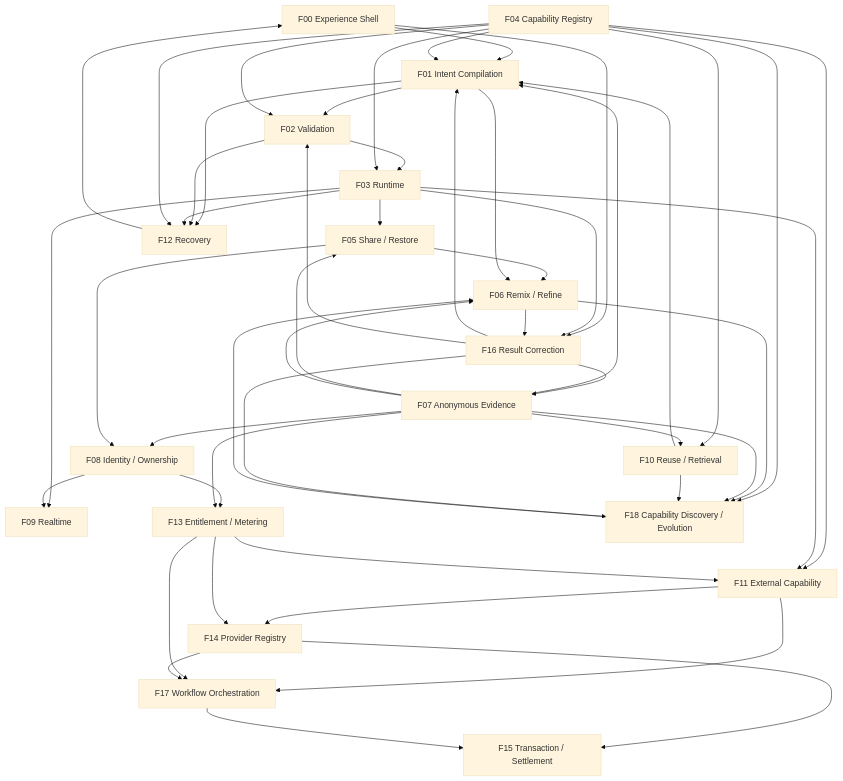
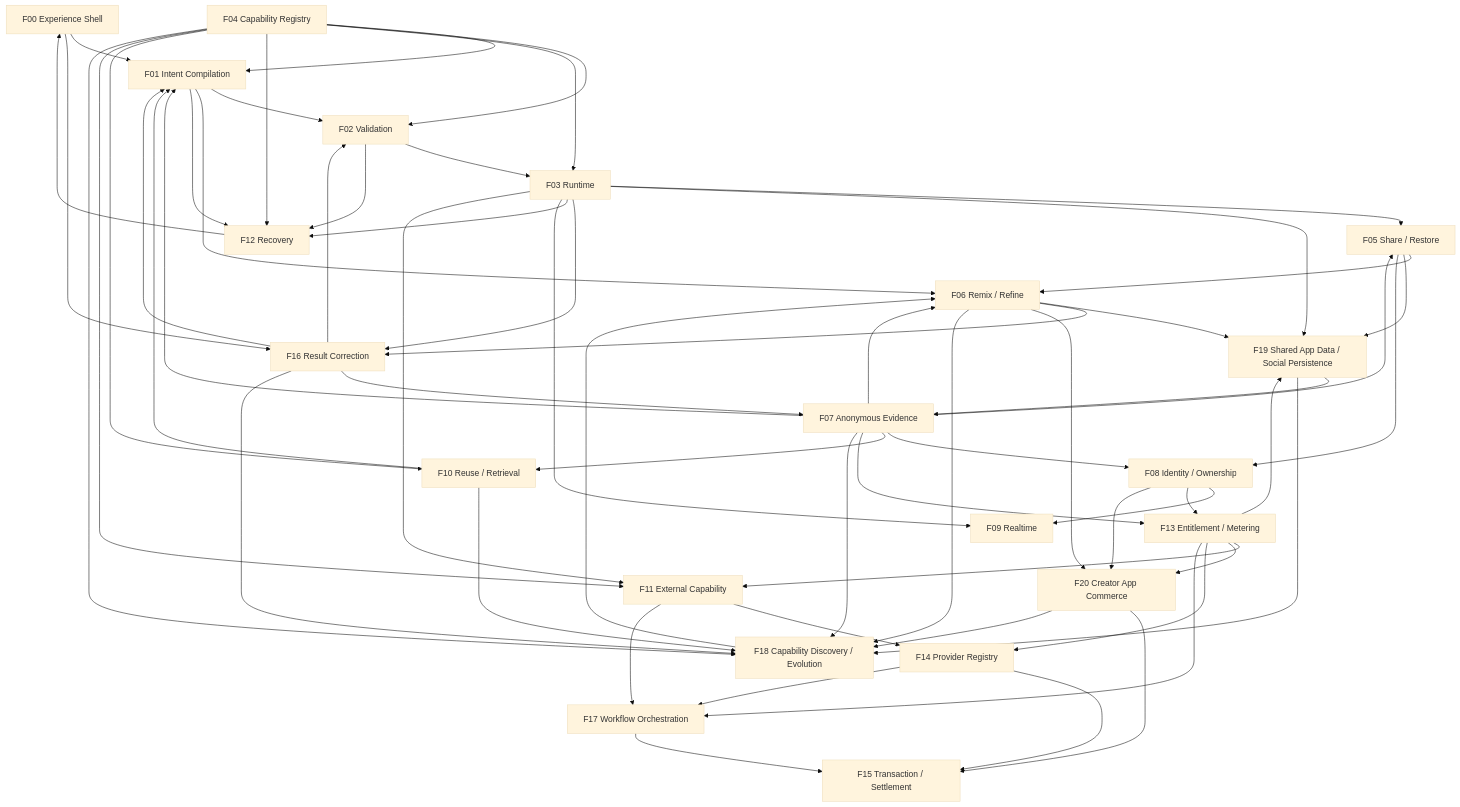
Before and after one commit to NFF98/appf2-design: the diagram in working/detailed-design/APP-DETAILED-DESIGN-OVERVIEW.md, drawn with Mermaid (base theme). The commit also changed other lines of this file and 13 other files, not shown here.

Commit message:
docs: 對齊 Shared App Data、Ownership 與 Creator Commerce SSOT

```diff
--- a/working/detailed-design/APP-DETAILED-DESIGN-OVERVIEW.md
+++ b/working/detailed-design/APP-DETAILED-DESIGN-OVERVIEW.md
@@ -112,6 +114,8 @@
     F15[F15 Transaction / Settlement]
     F17[F17 Workflow Orchestration]
     F18[F18 Capability Discovery / Evolution]
+    F19[F19 Shared App Data / Social Persistence]
+    F20[F20 Creator App Commerce]
 
     F00 --> F01
     F04 --> F01
@@ -123,6 +127,11 @@
     F03 --> F05
     F05 --> F06
     F01 --> F06
+
+    F03 --> F19
+    F05 --> F19
+    F06 --> F19
+    F19 --> F07
 
     F07 --> F01
     F07 --> F05
@@ -157,6 +166,12 @@
 
     F08 --> F13
     F07 --> F13
+    F13 --> F19
+
+    F06 --> F20
+    F08 --> F20
+    F13 --> F20
+    F20 --> F15
 
     F11 --> F14
     F13 --> F14
@@ -171,5 +186,7 @@
     F07 --> F18
     F10 --> F18
     F16 --> F18
+    F19 --> F18
+    F20 --> F18
     F18 --> F06
 ~~~
```
